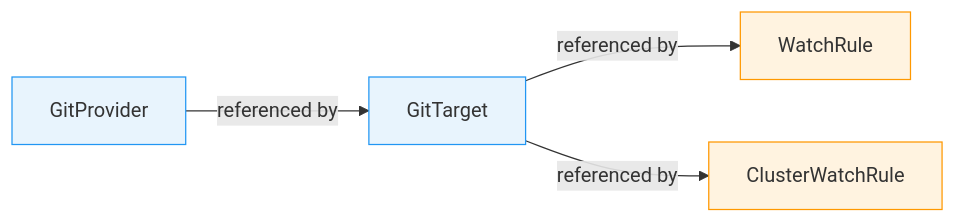
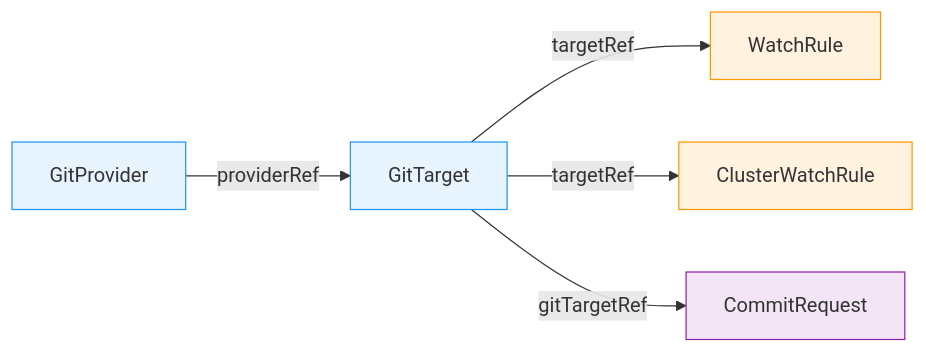
One commit to ConfigButler/gitops-reverser changed the first of 3 diagrams in docs/architecture.md. Above: the diagram before and after it, drawn with Mermaid. The commit also changed other lines of this file and 2 other files, not shown here.

Commit message:
chore: re-enable serial and updating architecture

````diff
--- a/docs/architecture.md
+++ b/docs/architecture.md
@@ -44,11 +43,13 @@
 ```mermaid
 graph LR
-    GP[GitProvider] -->|referenced by| GT[GitTarget]
-    GT -->|referenced by| WR[WatchRule]
-    GT -->|referenced by| CWR[ClusterWatchRule]
+    GP[GitProvider] -->|providerRef| GT[GitTarget]
+    GT -->|targetRef| WR[WatchRule]
+    GT -->|targetRef| CWR[ClusterWatchRule]
+    GT -->|gitTargetRef| CR[CommitRequest]
 
     style GP fill:#e8f4fd,stroke:#2196f3
     style GT fill:#e8f4fd,stroke:#2196f3
     style WR fill:#fff3e0,stroke:#ff9800
     style CWR fill:#fff3e0,stroke:#ff9800
+    style CR fill:#f3e5f5,stroke:#8e24aa
 ```
````
